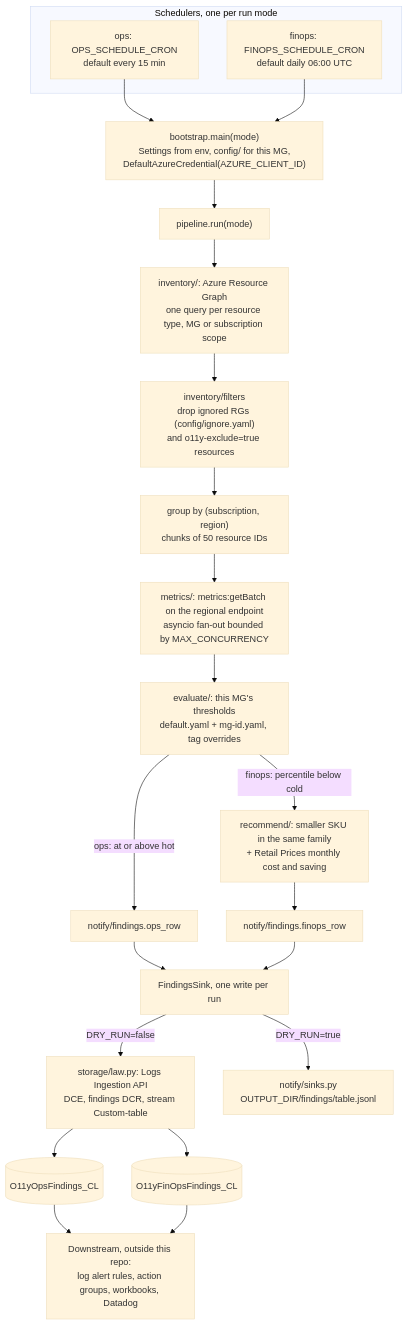
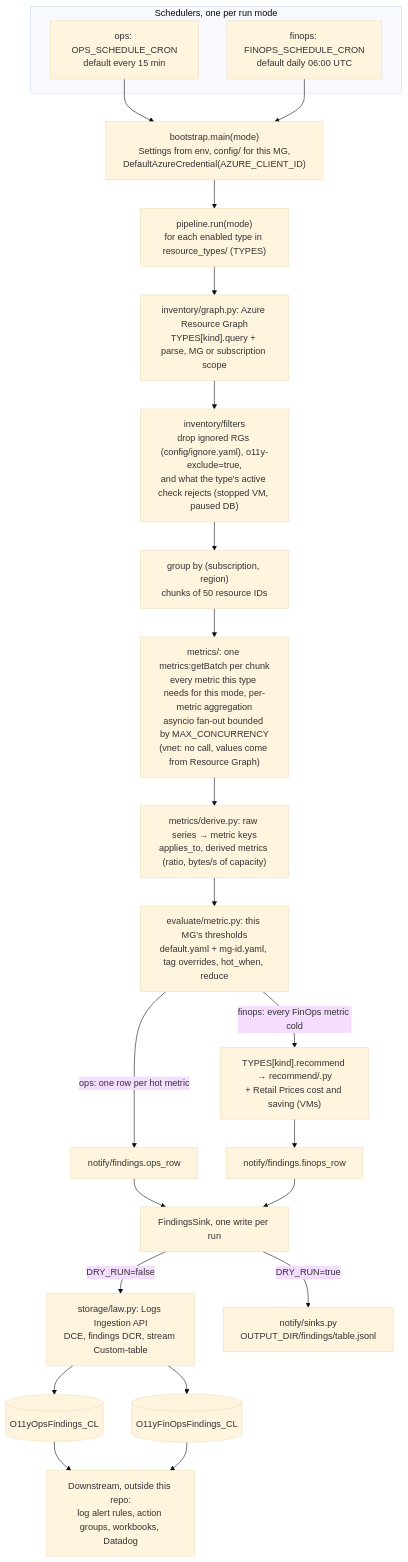
Before and after one commit to vindimy/claude-azure-o11y: the first of 4 diagrams in docs/agents/architecture.md, drawn with Mermaid (base theme). The commit also changed other lines of this file and 7 other files, not shown here.

Commit message:
docs: resource types, metric fields, recommendation rules, next types

````diff
--- a/docs/agents/architecture.md
+++ b/docs/agents/architecture.md
@@ -19,23 +21,24 @@
 ```mermaid
 flowchart TB
   subgraph sched["Schedulers, one per run mode"]
     ops["ops: OPS_SCHEDULE_CRON<br/>default every 15 min"]
     finops["finops: FINOPS_SCHEDULE_CRON<br/>default daily 06:00 UTC"]
   end
   ops & finops --> boot["bootstrap.main(mode)<br/>Settings from env, config/ for this MG,<br/>DefaultAzureCredential(AZURE_CLIENT_ID)"]
-  boot --> run["pipeline.run(mode)"]
-  run --> inv["inventory/: Azure Resource Graph<br/>one query per resource type, MG or subscription scope"]
-  inv --> filt["inventory/filters<br/>drop ignored RGs (config/ignore.yaml)<br/>and o11y-exclude=true resources"]
+  boot --> run["pipeline.run(mode)<br/>for each enabled type in resource_types/ (TYPES)"]
+  run --> inv["inventory/graph.py: Azure Resource Graph<br/>TYPES[kind].query + parse, MG or subscription scope"]
+  inv --> filt["inventory/filters<br/>drop ignored RGs (config/ignore.yaml), o11y-exclude=true,<br/>and what the type's active check rejects (stopped VM, paused DB)"]
   filt --> grp["group by (subscription, region)<br/>chunks of 50 resource IDs"]
-  grp --> met["metrics/: metrics:getBatch on the regional endpoint<br/>asyncio fan-out bounded by MAX_CONCURRENCY"]
-  met --> eval["evaluate/: this MG's thresholds<br/>default.yaml + mg-id.yaml, tag overrides"]
-  eval -->|ops: at or above hot| opsrow["notify/findings.ops_row"]
-  eval -->|finops: percentile below cold| rec["recommend/: smaller SKU in the same family<br/>+ Retail Prices monthly cost and saving"]
+  grp --> met["metrics/: one metrics:getBatch per chunk<br/>every metric this type needs for this mode, per-metric aggregation<br/>asyncio fan-out bounded by MAX_CONCURRENCY<br/>(vnet: no call, values come from Resource Graph)"]
+  met --> der["metrics/derive.py: raw series → metric keys<br/>applies_to, derived metrics (ratio, bytes/s of capacity)"]
+  der --> eval["evaluate/metric.py: this MG's thresholds<br/>default.yaml + mg-id.yaml, tag overrides, hot_when, reduce"]
+  eval -->|ops: one row per hot metric| opsrow["notify/findings.ops_row"]
+  eval -->|finops: every FinOps metric cold| rec["TYPES[kind].recommend → recommend/<type>.py<br/>+ Retail Prices cost and saving (VMs)"]
   rec --> finrow["notify/findings.finops_row"]
   opsrow & finrow --> sink["FindingsSink, one write per run"]
   sink -->|DRY_RUN=false| law["storage/law.py: Logs Ingestion API<br/>DCE, findings DCR, stream Custom-table"]
   sink -->|DRY_RUN=true| files["notify/sinks.py<br/>OUTPUT_DIR/findings/table.jsonl"]
   law --> t1[("O11yOpsFindings_CL")]
   law --> t2[("O11yFinOpsFindings_CL")]
   t1 & t2 --> down["Downstream, outside this repo:<br/>log alert rules, action groups, workbooks, Datadog"]
 ```
````
